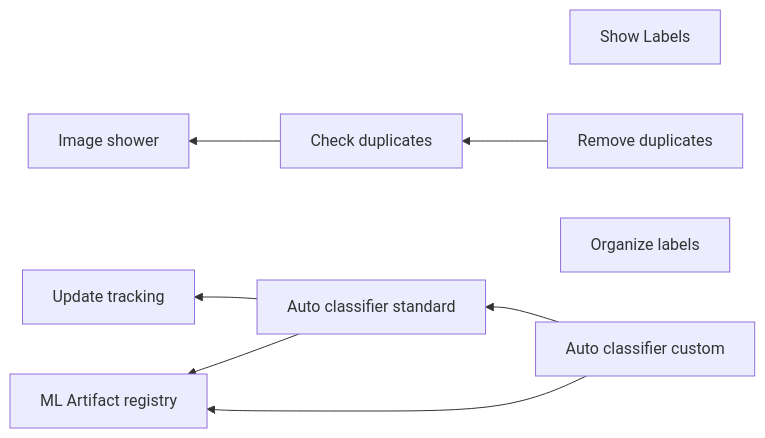
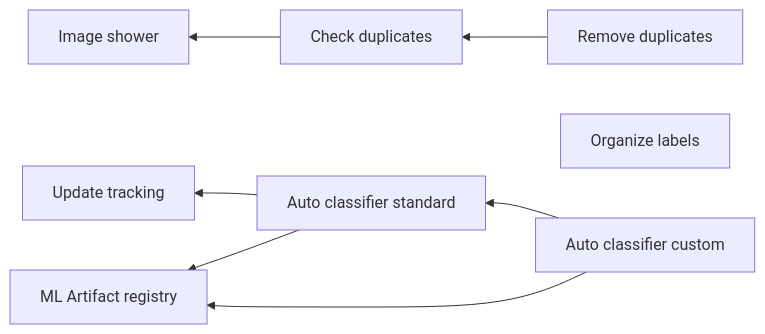
The diagram in doc/roadmap.md (AlexMilanor/imgFolder_tools), drawn with Mermaid before and after one commit. The commit also changed other lines of this file, not shown here.

Commit message:
docs: Updating roadmap

````diff
--- a/doc/roadmap.md
+++ b/doc/roadmap.md
@@ -42,13 +42,18 @@
 ```mermaid
 graph RL;
     Up[Update tracking];
     Cd[Check duplicates];
-    Sh[Show Labels];
-    Cd --> Is[Image shower];
-    Rd[Remove duplicates] --> Cd;
+    Is[Image shower];
+    Rd[Remove duplicates];
     Ol[Organize labels];
-    AutoS[Auto classifier standard] --> Up;
-    AutoC[Auto classifier custom] --> AutoS;
-    AutoS --> Reg[ML Artifact registry];
+    AutoS[Auto classifier standard];
+    AutoC[Auto classifier custom];
+    Reg[ML Artifact registry];
+
+    Cd --> Is;
+    Rd --> Cd;
+    AutoS --> Up;
+    AutoC --> AutoS;
+    AutoS --> Reg;
     AutoC --> Reg;
 ```
````
